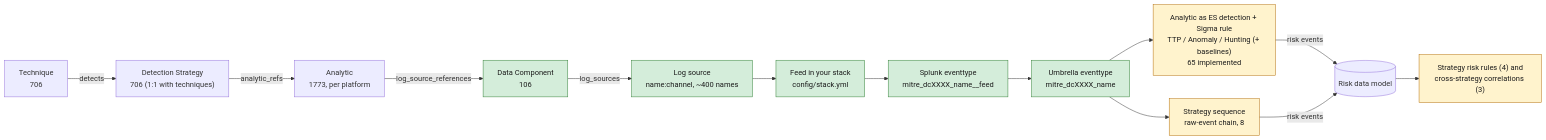
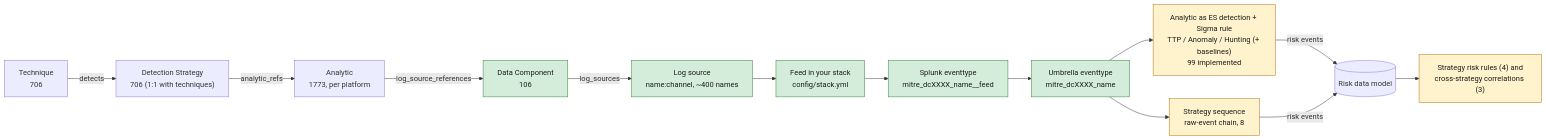
Before and after one commit to dev-nobytes-io/mitre-defensive-mappings-spl: the diagram in README.md, drawn with Mermaid. The commit also changed other lines of this file and 11 other files, not shown here.

````diff
--- a/README.md
+++ b/README.md
@@ -5,19 +5,19 @@
 ```mermaid
 flowchart LR
   T["Technique<br/>706"] -- detects --> DET["Detection Strategy<br/>706 (1:1 with techniques)"]
   DET -- analytic_refs --> AN["Analytic<br/>1773, per platform"]
   AN -- log_source_references --> DC["Data Component<br/>106"]
   DC -- log_sources --> LS["Log source<br/>name:channel, ~400 names"]
   LS --> FEED["Feed in your stack<br/>config/stack.yml"]
   FEED --> ET["Splunk eventtype<br/>mitre_dcXXXX_name__feed"]
   ET --> UMB["Umbrella eventtype<br/>mitre_dcXXXX_name"]
-  UMB --> RULE["Analytic as ES detection + Sigma rule<br/>TTP / Anomaly / Hunting (+ baselines)<br/>65 implemented"]
+  UMB --> RULE["Analytic as ES detection + Sigma rule<br/>TTP / Anomaly / Hunting (+ baselines)<br/>99 implemented"]
   UMB --> SEQ["Strategy sequence<br/>raw-event chain, 8"]
   RULE -- "risk events" --> RISK[("Risk data model")]
   SEQ -- "risk events" --> RISK
   RISK --> CORR["Strategy risk rules (4) and<br/>cross-strategy correlations (3)"]
   classDef done fill:#d4edda,stroke:#2e7d32,color:#1b1b1b
   classDef part fill:#fff3cd,stroke:#b26a00,color:#1b1b1b
   class DC,LS,FEED,ET,UMB done
   class RULE,SEQ,CORR part
 ```
````
